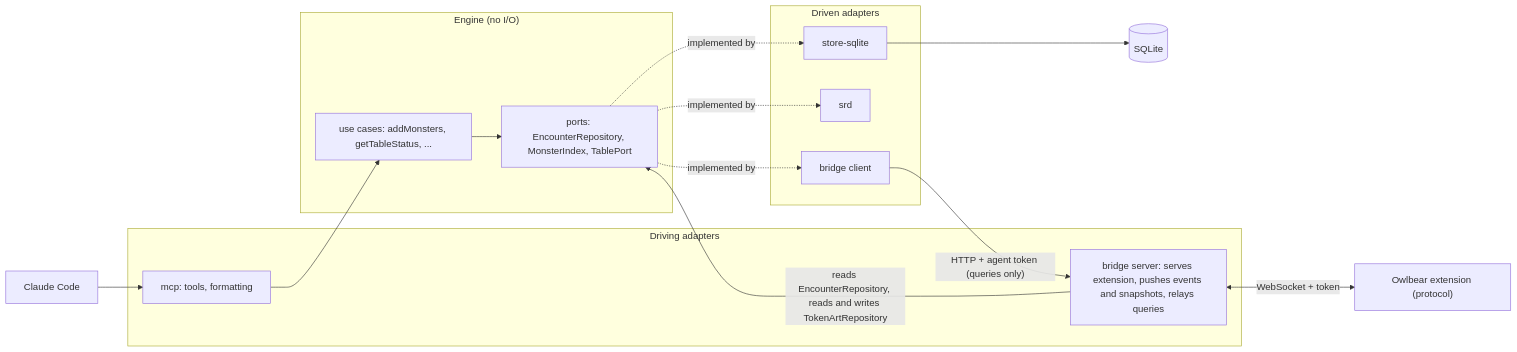
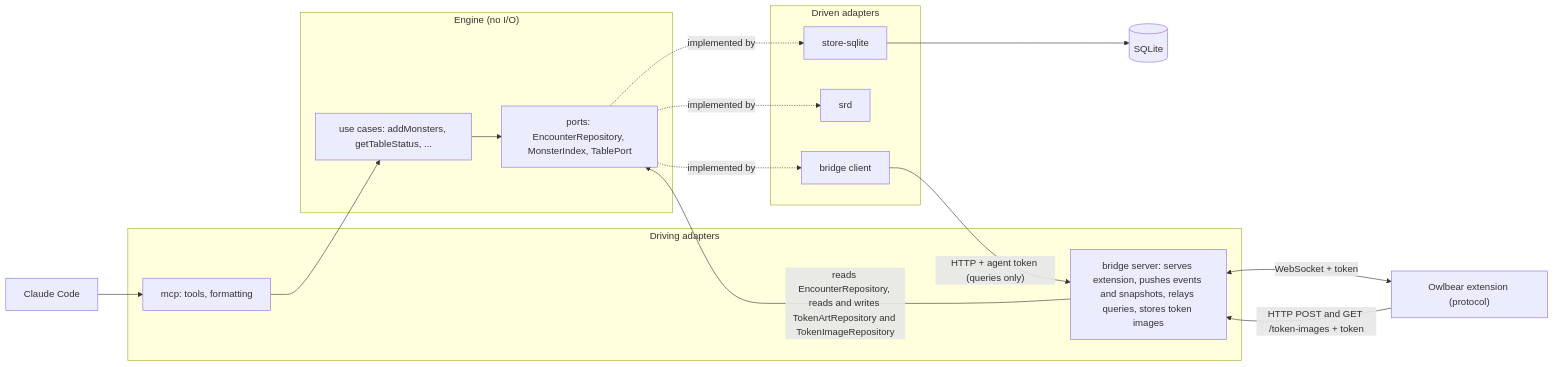
Before and after one commit to askrzypczak/ttrpg-agents: the first of 2 diagrams in docs/architecture.md, drawn with Mermaid. The commit also changed other lines of this file and 57 other files, not shown here.

First line of the commit message:
Epic H: own the token art image bytes (#217) (#258)

````diff
--- a/docs/architecture.md
+++ b/docs/architecture.md
@@ -7,26 +7,27 @@
 ```mermaid
 flowchart LR
   claude["Claude Code"] --> mcp
   subgraph driving["Driving adapters"]
     mcp["mcp: tools, formatting"]
-    bsrv["bridge server: serves extension, pushes events and snapshots, relays queries"]
+    bsrv["bridge server: serves extension, pushes events and snapshots, relays queries, stores token images"]
   end
   subgraph core["Engine (no I/O)"]
     uc["use cases: addMonsters, getTableStatus, ..."]
     ports["ports: EncounterRepository, MonsterIndex, TablePort"]
   end
   subgraph driven["Driven adapters"]
     store["store-sqlite"]
     srd["srd"]
     bclient["bridge client"]
   end
   mcp --> uc
-  bsrv -->|"reads EncounterRepository, reads and writes TokenArtRepository"| ports
+  bsrv -->|"reads EncounterRepository, reads and writes TokenArtRepository and TokenImageRepository"| ports
   uc --> ports
   ports -.implemented by.-> store
   ports -.implemented by.-> srd
   ports -.implemented by.-> bclient
   store --> db[("SQLite")]
   bclient -->|"HTTP + agent token (queries only)"| bsrv
   bsrv <-->|"WebSocket + token"| ext["Owlbear extension (protocol)"]
+  ext -->|"HTTP POST and GET /token-images + token"| bsrv
 ```
````
